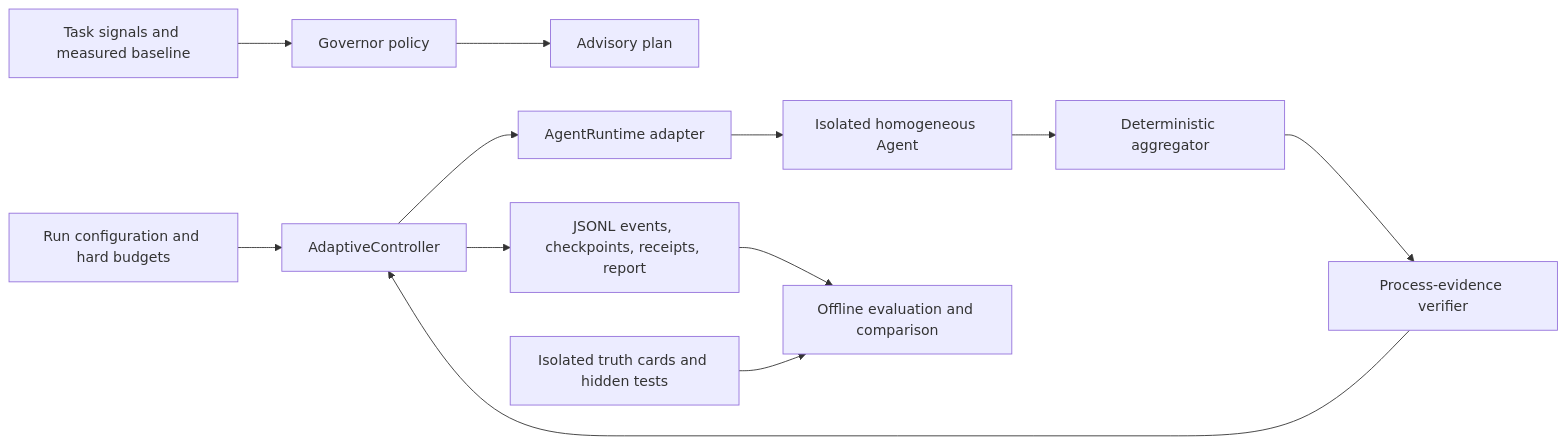
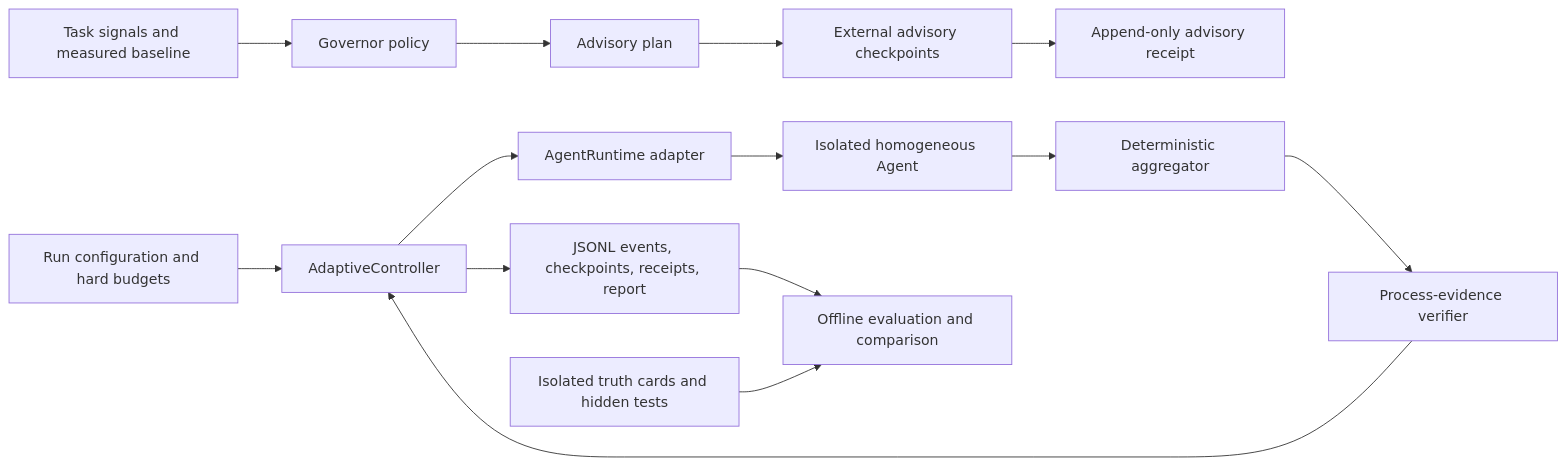
One commit to JessicJ/multi-agent-governor changed the diagram in docs/architecture.md. Above: the diagram before and after it, drawn with Mermaid. The commit also changed other lines of this file and 21 other files, not shown here.

````diff
--- a/docs/architecture.md
+++ b/docs/architecture.md
@@ -10,16 +10,18 @@
 ```mermaid
 flowchart LR
     input["Task signals and measured baseline"] --> policy["Governor policy"]
     policy --> plan["Advisory plan"]
+    plan --> advisory["External advisory checkpoints"]
+    advisory --> advisory_events["Append-only advisory receipt"]
 
     config["Run configuration and hard budgets"] --> controller["AdaptiveController"]
     controller --> runtime["AgentRuntime adapter"]
     runtime --> agent["Isolated homogeneous Agent"]
     agent --> aggregate["Deterministic aggregator"]
     aggregate --> verifier["Process-evidence verifier"]
     verifier --> controller
     controller --> events["JSONL events, checkpoints, receipts, report"]
 
     events --> scorer["Offline evaluation and comparison"]
     truth["Isolated truth cards and hidden tests"] --> scorer
 ```
````
